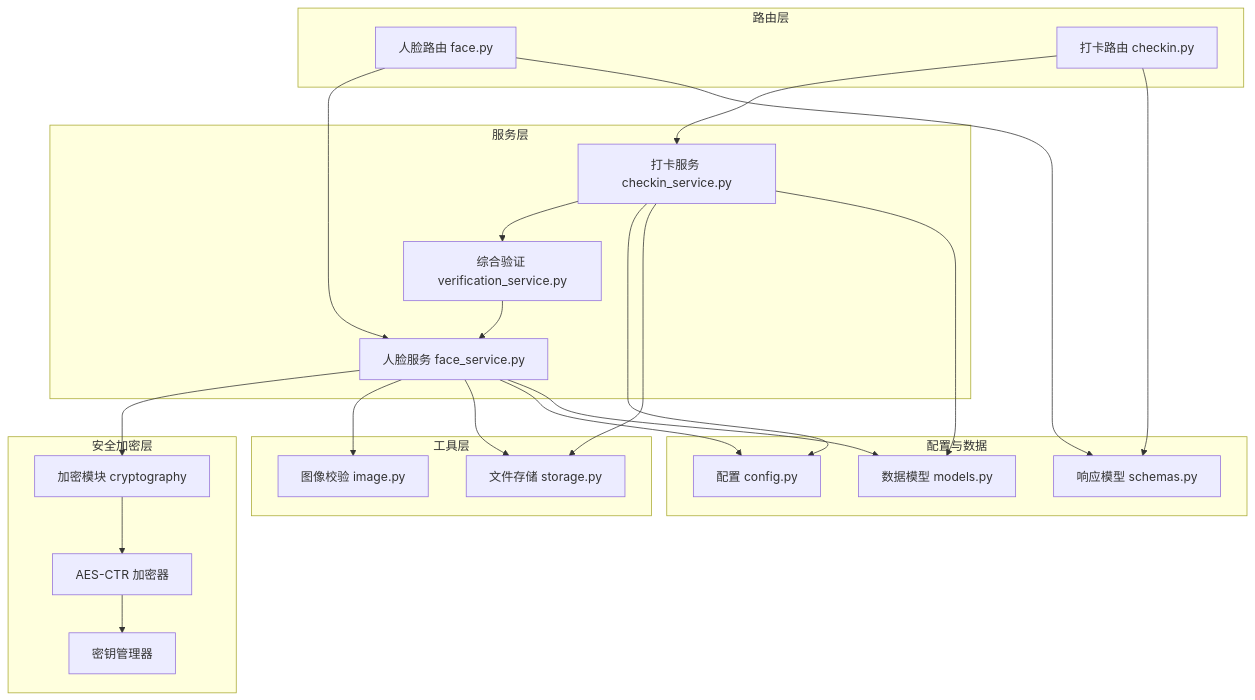
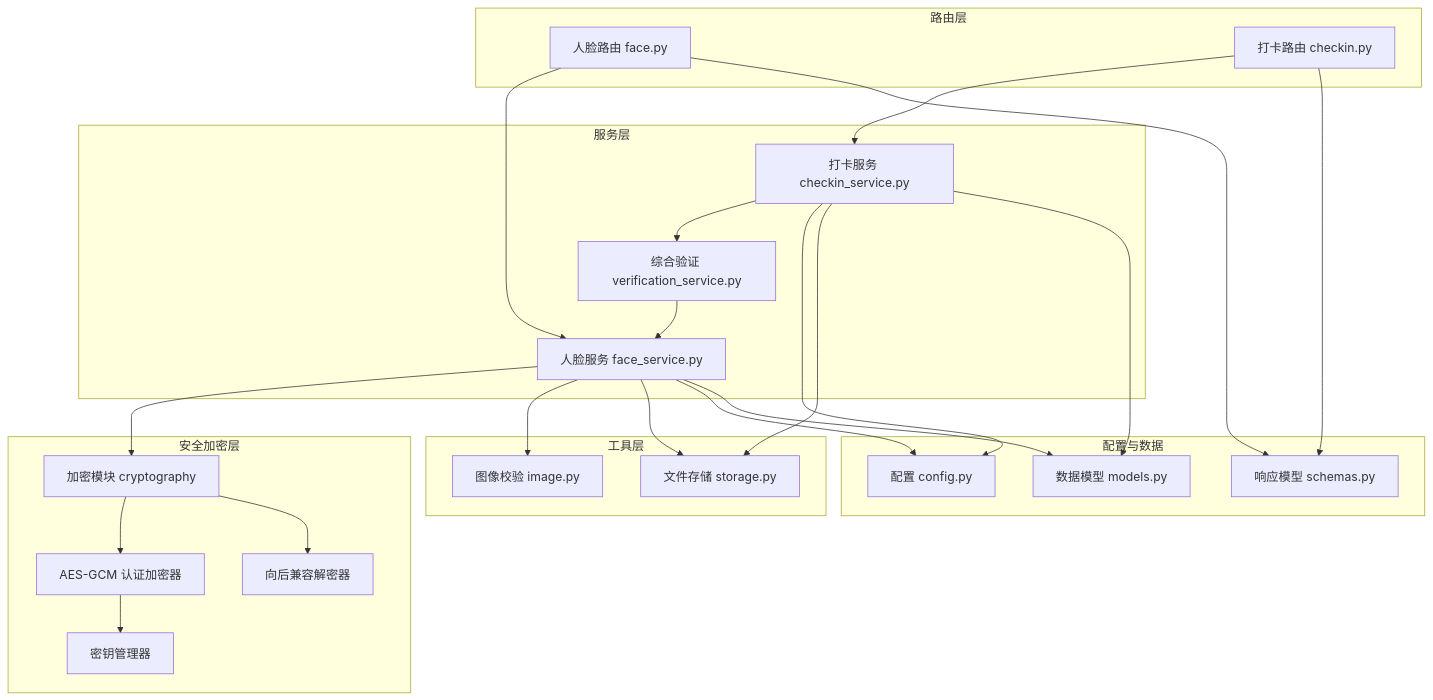
Before and after one commit to onebody/homework: the first of 5 diagrams in .qoder/repowiki/zh/content/暑假作业打卡系统/核心业务功能/人脸识别系统.md, drawn with Mermaid. The commit also changed other lines of this file and 28 other files, not shown here.

````diff
--- a/.qoder/repowiki/zh/content/暑假作业打卡系统/核心业务功能/人脸识别系统.md
+++ b/.qoder/repowiki/zh/content/暑假作业打卡系统/核心业务功能/人脸识别系统.md
@@ -58,42 +58,44 @@
 ```mermaid
 graph TB
 subgraph "路由层"
 R_face["人脸路由 face.py"]
 R_checkin["打卡路由 checkin.py"]
 end
 subgraph "服务层"
 S_face["人脸服务 face_service.py"]
 S_verify["综合验证 verification_service.py"]
 S_checkin["打卡服务 checkin_service.py"]
 end
 subgraph "安全加密层"
 E_crypto["加密模块 cryptography"]
-E_aes["AES-CTR 加密器"]
+E_aes["AES-GCM 认证加密器"]
 E_keymgr["密钥管理器"]
+E_compat["向后兼容解密器"]
 end
 subgraph "工具层"
 U_image["图像校验 image.py"]
 U_storage["文件存储 storage.py"]
 end
 subgraph "配置与数据"
 C_config["配置 config.py"]
 M_models["数据模型 models.py"]
 S_schemas["响应模型 schemas.py"]
 end
 R_face --> S_face
 R_checkin --> S_checkin
 S_checkin --> S_verify
 S_verify --> S_face
 S_face --> E_crypto
 E_crypto --> E_aes
 E_aes --> E_keymgr
+E_crypto --> E_compat
 S_face --> U_image
 S_face --> U_storage
 S_face --> C_config
 S_checkin --> C_config
 S_checkin --> U_storage
 R_face --> S_schemas
 R_checkin --> S_schemas
 S_face --> M_models
 S_checkin --> M_models
 ```
````
